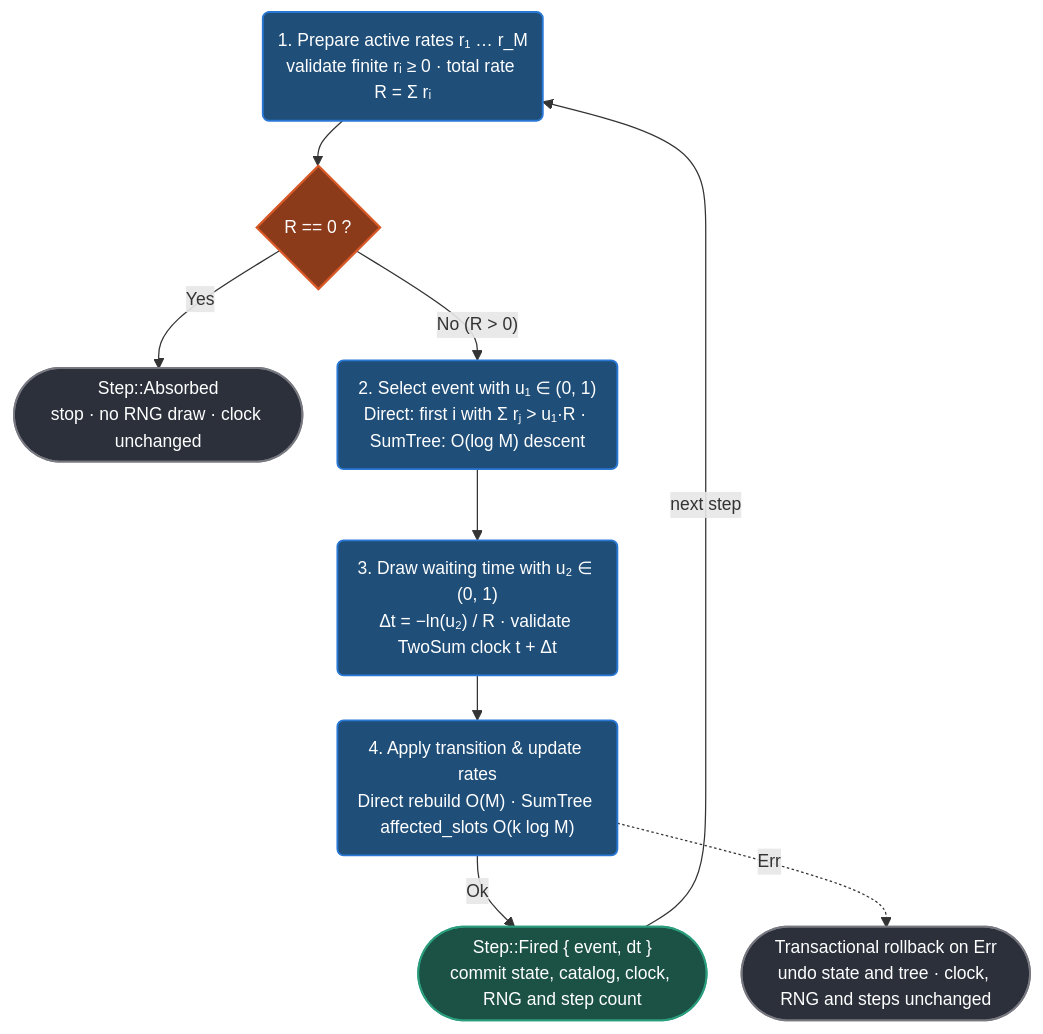
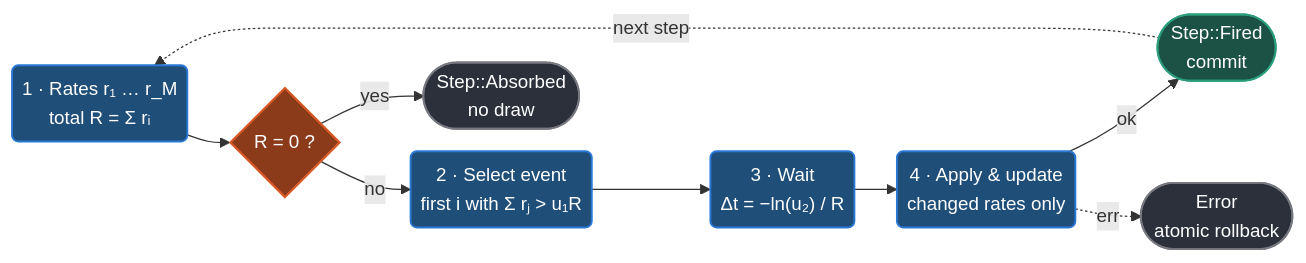
One commit to vzordillo/okrates changed the second of 2 diagrams in README.md. Above: the diagram before and after it, drawn with Mermaid. The commit also changed other lines of this file, not shown here.

First line of the commit message:
README: compact the Mermaid diagrams (#16)

````diff
--- a/README.md
+++ b/README.md
@@ -89,30 +80,26 @@
 ```mermaid
-%%{init: {"flowchart": {"nodeSpacing": 28, "rankSpacing": 36, "padding": 12, "curve": "basis"}, "themeVariables": {"fontSize": "14px"}}}%%
-flowchart TB
-    prep("1. Prepare active rates r₁ … r_M<br/>validate finite rᵢ ≥ 0 · total rate R = Σ rᵢ")
-    zero{"R == 0 ?"}
-    absorbed(["Step::Absorbed<br/>stop · no RNG draw · clock unchanged"])
-    pick("2. Select event with u₁ ∈ (0, 1)<br/>Direct: first i with Σ rⱼ > u₁·R · SumTree: O(log M) descent")
-    wait("3. Draw waiting time with u₂ ∈ (0, 1)<br/>Δt = −ln(u₂) / R · validate TwoSum clock t + Δt")
-    apply("4. Apply transition & update rates<br/>Direct rebuild O(M) · SumTree affected_slots O(k log M)")
-    fired(["Step::Fired { event, dt }<br/>commit state, catalog, clock, RNG and step count"])
-    rollback(["Transactional rollback on Err<br/>undo state and tree · clock, RNG and steps unchanged"])
-
+%%{init: {"flowchart": {"nodeSpacing": 18, "rankSpacing": 34, "padding": 8, "curve": "basis"}, "themeVariables": {"fontSize": "15px"}}}%%
+flowchart LR
+    prep("1 · Rates r₁ … r_M<br/>total R = Σ rᵢ")
+    zero{"R = 0 ?"}
+    pick("2 · Select event<br/>first i with Σ rⱼ > u₁R")
+    wait("3 · Wait<br/>Δt = −ln(u₂) / R")
+    apply("4 · Apply & update<br/>changed rates only")
+    fired(["Step::Fired<br/>commit"])
+    absorbed(["Step::Absorbed<br/>no draw"])
+    rollback(["Error<br/>atomic rollback"])
     prep --> zero
-    zero -->|"Yes"| absorbed
-    zero -->|"No (R > 0)"| pick
-    pick --> wait --> apply
-    apply -->|"Ok"| fired
-    fired -->|"next step"| prep
-    apply -.->|"Err"| rollback
-
+    zero -->|"no"| pick --> wait --> apply
+    apply -->|"ok"| fired
+    fired -.->|"next step"| prep
+    zero -->|"yes"| absorbed
+    apply -.->|"err"| rollback
     classDef stepNode fill:#1f4e79,stroke:#2a78d6,stroke-width:1.5px,color:#ffffff
     classDef gateNode fill:#8c3b1a,stroke:#d95926,stroke-width:1.8px,color:#ffffff
     classDef okNode fill:#1b5245,stroke:#2a9d7c,stroke-width:1.5px,color:#ffffff
     classDef stopNode fill:#2b303b,stroke:#787880,stroke-width:1.5px,color:#ffffff
-
     class prep,pick,wait,apply stepNode
     class zero gateNode
     class fired okNode
     class absorbed,rollback stopNode
 ```
````
